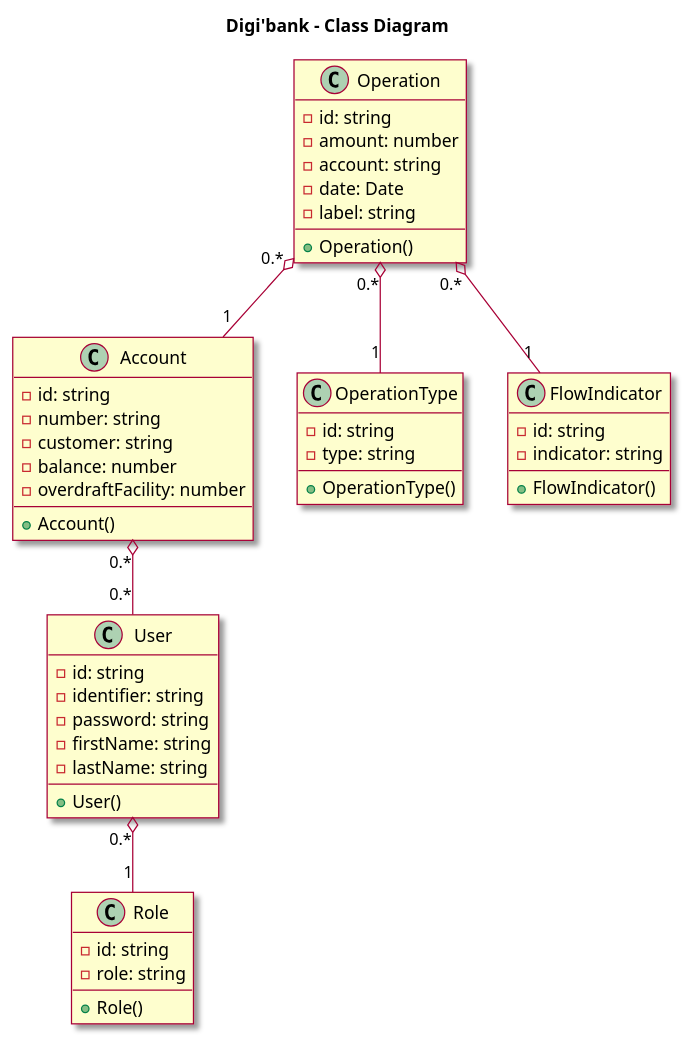
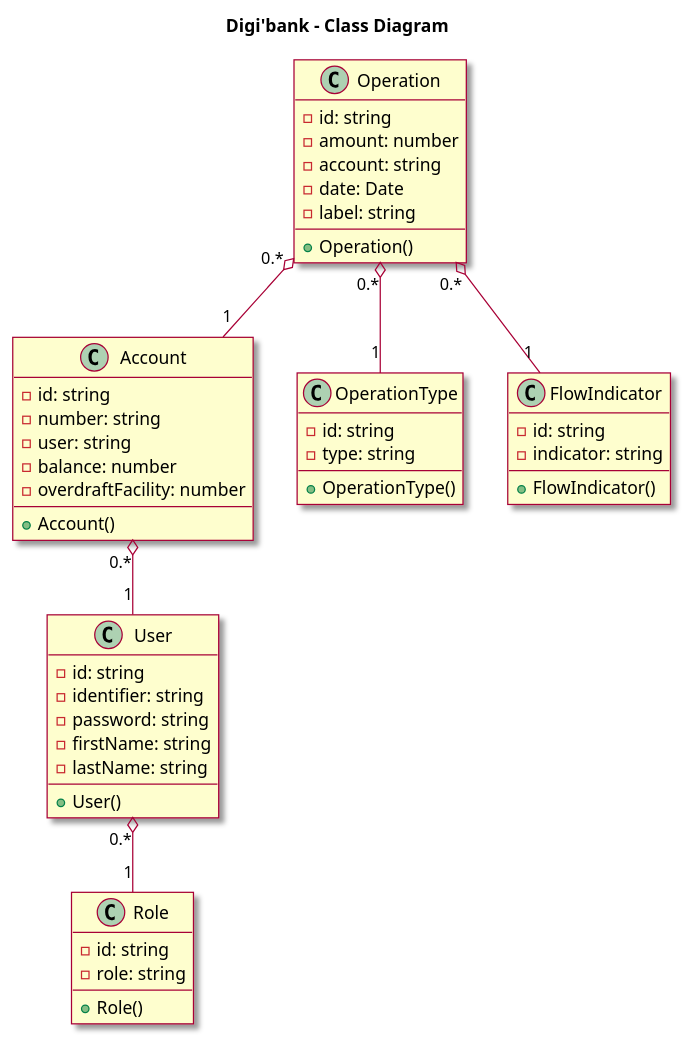
Before and after one commit to badace7/banking: the diagram in docs/banking-class-diagram.wsd, drawn with PlantUML. The commit also changed 11 other files, not shown here.

```diff
--- a/docs/banking-class-diagram.wsd
+++ b/docs/banking-class-diagram.wsd
@@ -1,59 +1,59 @@
 @startuml banking
 
 skin rose
 
 title Digi'bank - Class Diagram
 
 
 class Account {
   - id: string
   - number: string
-  - customer: string
+  - user: string
   - balance: number
   - overdraftFacility: number
   + Account()
 }
 
 class User {
   - id: string
   - identifier: string
   - password: string
   - firstName: string
   - lastName: string
   + User()
 }
 
 class Operation {
   - id: string
   - amount: number
   - account: string
   - date: Date
   - label: string
   + Operation()
 }
 
 class Role {
   - id: string
   - role: string
   + Role()
 }
 
 class OperationType {
   - id: string
   - type: string
   + OperationType()
 }
 
 class FlowIndicator {
   - id: string
   - indicator: string
   + FlowIndicator()
 }
 
 User "0.*" o-- "1" Role
 Operation "0.*" o-- "1" Account
 Operation "0.*" o-- "1" OperationType
 Operation "0.*" o-- "1" FlowIndicator
-Account "0.*" o-- "0.*" User
+Account "0.*" o-- "1" User
 
 @enduml
```
